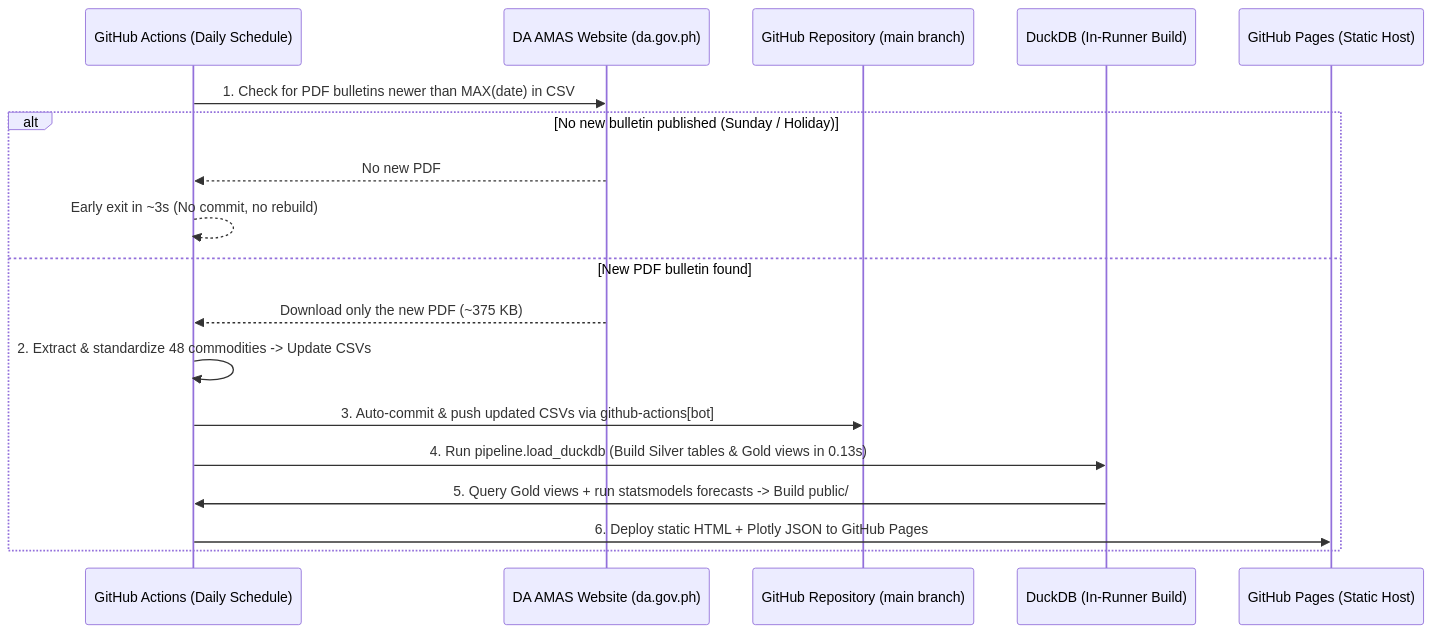
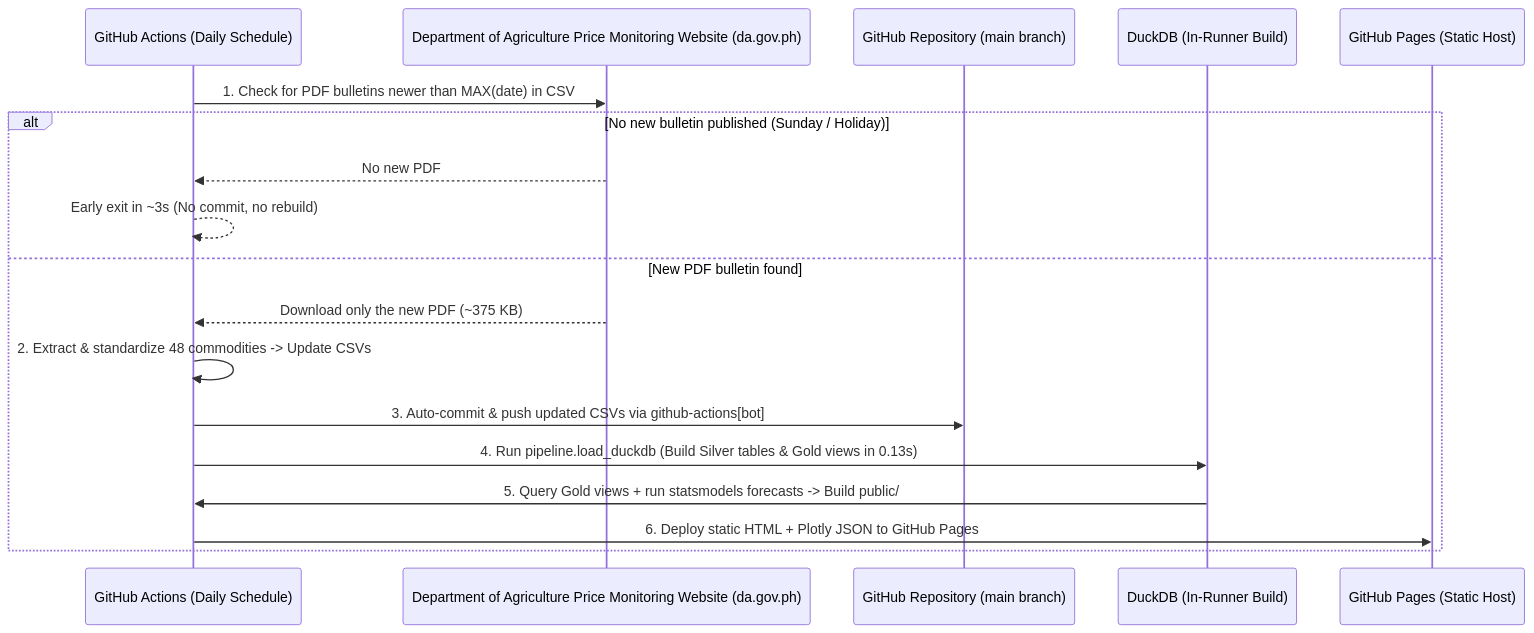
One commit to LeinnarF/Philippine-Commodity-Price-Tracker changed the first of 2 diagrams in docs/stage5_duckdb_implementation_plan.md. Above: the diagram before and after it, drawn with Mermaid. The commit also changed other lines of this file and 17 other files, not shown here.

Commit message:
refactor: rename DA AMAS mentions to Department of Agriculture price monitoring

````diff
--- a/docs/stage5_duckdb_implementation_plan.md
+++ b/docs/stage5_duckdb_implementation_plan.md
@@ -47,21 +47,21 @@
 ```mermaid
 sequenceDiagram
     participant Cron as GitHub Actions (Daily Schedule)
-    participant DA as DA AMAS Website (da.gov.ph)
+    participant DA as Department of Agriculture Price Monitoring Website (da.gov.ph)
     participant Repo as GitHub Repository (main branch)
     participant DDB as DuckDB (In-Runner Build)
     participant Pages as GitHub Pages (Static Host)
 
     Cron->>DA: 1. Check for PDF bulletins newer than MAX(date) in CSV
     alt No new bulletin published (Sunday / Holiday)
         DA-->>Cron: No new PDF
         Cron-->>Cron: Early exit in ~3s (No commit, no rebuild)
     else New PDF bulletin found
         DA-->>Cron: Download only the new PDF (~375 KB)
         Cron->>Cron: 2. Extract & standardize 48 commodities -> Update CSVs
         Cron->>Repo: 3. Auto-commit & push updated CSVs via github-actions[bot]
         Cron->>DDB: 4. Run pipeline.load_duckdb (Build Silver tables & Gold views in 0.13s)
         DDB->>Cron: 5. Query Gold views + run statsmodels forecasts -> Build public/
         Cron->>Pages: 6. Deploy static HTML + Plotly JSON to GitHub Pages
     end
 ```
````
